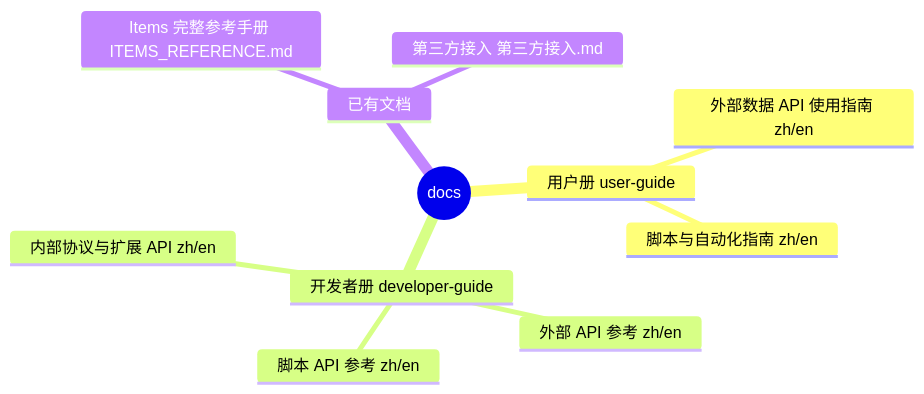
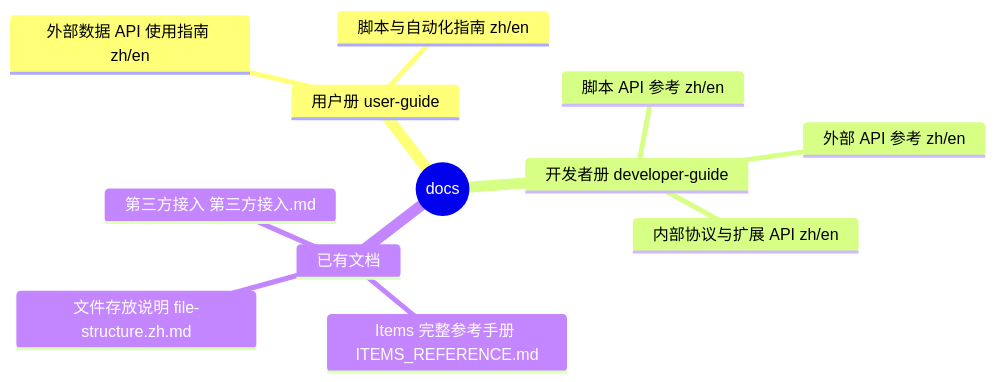
The diagram in LyricsMTMR/docs/README.md (Tangzishun-Li/LyricsMTMR), drawn with Mermaid before and after one commit. The commit also changed other lines of this file and 1 other file, not shown here.

First line of the commit message:
docs: 新增文件存放说明 file-structure.zh.md 并接入 docs 索引

````diff
--- a/LyricsMTMR/docs/README.md
+++ b/LyricsMTMR/docs/README.md
@@ -11,14 +11,15 @@
 ```mermaid
 mindmap
   root((docs))
     用户册 user-guide
       外部数据 API 使用指南 zh/en
       脚本与自动化指南 zh/en
     开发者册 developer-guide
       外部 API 参考 zh/en
       脚本 API 参考 zh/en
       内部协议与扩展 API zh/en
     已有文档
       Items 完整参考手册 ITEMS_REFERENCE.md
       第三方接入 第三方接入.md
+      文件存放说明 file-structure.zh.md
 ```
````
